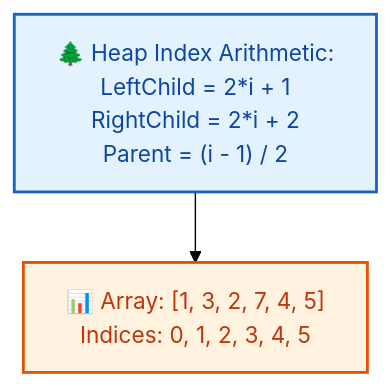
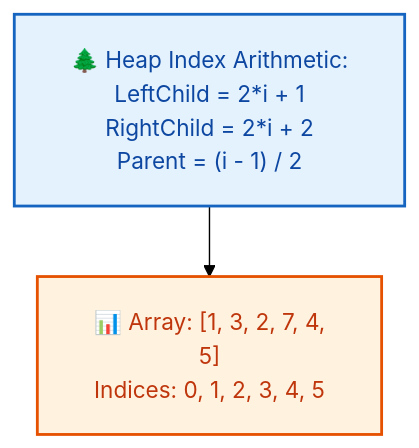
The second of 7 diagrams in week_03_foundations_iii_sorting_and_hashing/Week_03_Visual_Concepts_Playbook_HYBRID.md (dip4k/DSA_102), drawn with Mermaid (forest theme) before and after one commit. The commit also changed other lines of this file and 108 other files, not shown here.

First line of the commit message:
fix(mermaid): resolve diagram clipping, padding, and syntax issues across repo

````diff
--- a/week_03_foundations_iii_sorting_and_hashing/Week_03_Visual_Concepts_Playbook_HYBRID.md
+++ b/week_03_foundations_iii_sorting_and_hashing/Week_03_Visual_Concepts_Playbook_HYBRID.md
@@ -343,9 +344,10 @@
 ```mermaid
+%%{init: {"flowchart": {"htmlLabels": true, "padding": 20}}}%%
 flowchart TD
     classDef arr fill:#fff3e0,stroke:#e65100,stroke-width:2px,color:#bf360c
     classDef tree fill:#e3f2fd,stroke:#1565c0,stroke-width:2px,color:#0d47a1
 
     Tree["🌲 Heap Index Arithmetic:<br/>LeftChild = 2*i + 1<br/>RightChild = 2*i + 2<br/>Parent = (i - 1) / 2"]:::tree
-    Arr["📊 Array: [1, 3, 2, 7, 4, 5]<br/>Indices: 0, 1, 2, 3, 4, 5"]:::arr
+    Arr["📊 Array: [1, 3, 2, 7, 4,<br/>5]<br/>Indices: 0, 1, 2, 3, 4, 5"]:::arr
     Tree --> Arr
 ```
````
